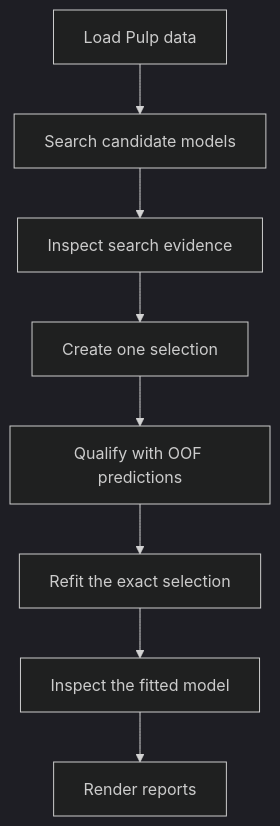
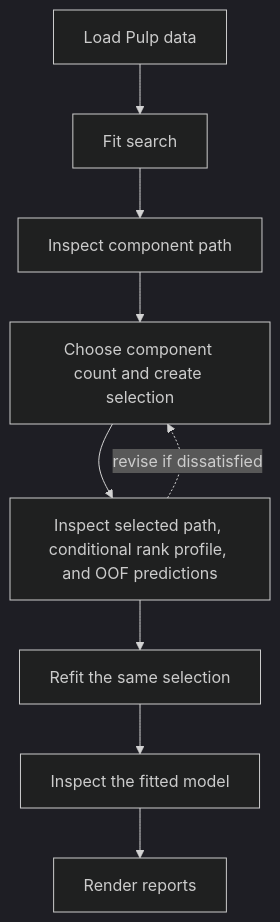
The diagram in docs/tutorials/pulp.md (stefanlindstroem/pipls_private), drawn with Mermaid (dark theme) before and after one commit. The commit also changed other lines of this file and 29 other files, not shown here.

Commit message:
Clarify selection review workflow

````diff
--- a/docs/tutorials/pulp.md
+++ b/docs/tutorials/pulp.md
@@ -13,13 +14,14 @@
 ```mermaid
 flowchart TD
     load["Load Pulp data"]
-    search["Search candidate models"]
-    inspect["Inspect search evidence"]
-    select["Create one selection"]
-    qualify["Qualify with OOF predictions"]
-    refit["Refit the exact selection"]
+    search["Fit search"]
+    path["Inspect component path"]
+    select["Choose component count and create selection"]
+    review["Inspect selected path, conditional rank profile, and OOF predictions"]
+    refit["Refit the same selection"]
     analyze["Inspect the fitted model"]
     render["Render reports"]
 
-    load --> search --> inspect --> select --> qualify --> refit --> analyze --> render
+    load --> search --> path --> select --> review --> refit --> analyze --> render
+    review -. revise if dissatisfied .-> select
 ```
````
